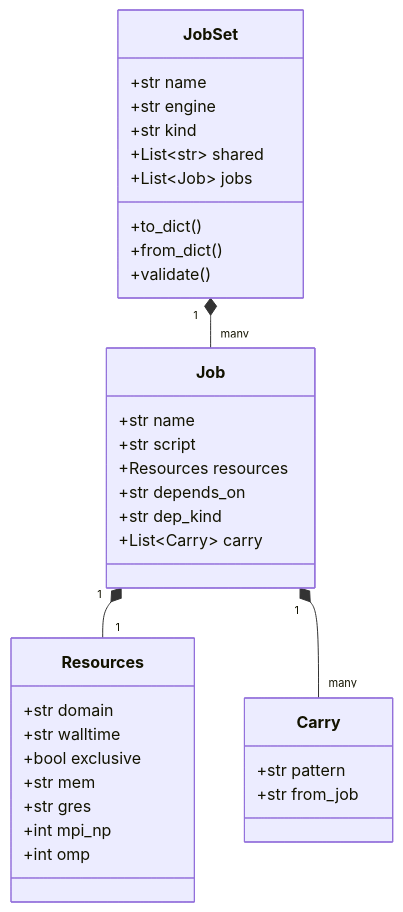
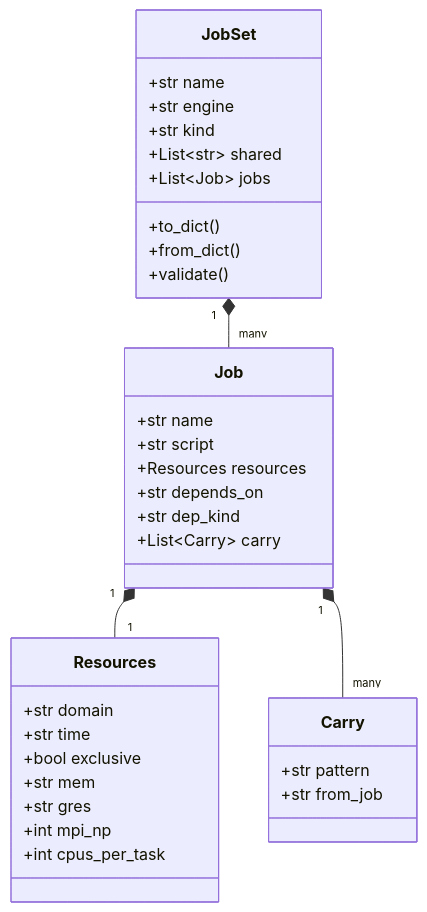
Before and after one commit to Qing-LAB/molbuilder: the second of 6 diagrams in docs/protocols/staged-execution.md, drawn with Mermaid. The commit also changed other lines of this file and 6 other files, not shown here.

````diff
--- a/docs/protocols/staged-execution.md
+++ b/docs/protocols/staged-execution.md
@@ -88,37 +90,37 @@
 ```mermaid
 classDiagram
   class JobSet {
     +str name
     +str engine
     +str kind
     +List~str~ shared
     +List~Job~ jobs
     +to_dict()
     +from_dict()
     +validate()
   }
   class Job {
     +str name
     +str script
     +Resources resources
     +str depends_on
     +str dep_kind
     +List~Carry~ carry
   }
   class Resources {
     +str domain
-    +str walltime
+    +str time
     +bool exclusive
     +str mem
     +str gres
     +int mpi_np
-    +int omp
+    +int cpus_per_task
   }
   class Carry {
     +str pattern
     +str from_job
   }
   JobSet "1" *-- "many" Job
   Job "1" *-- "1" Resources
   Job "1" *-- "many" Carry
 ```
````
